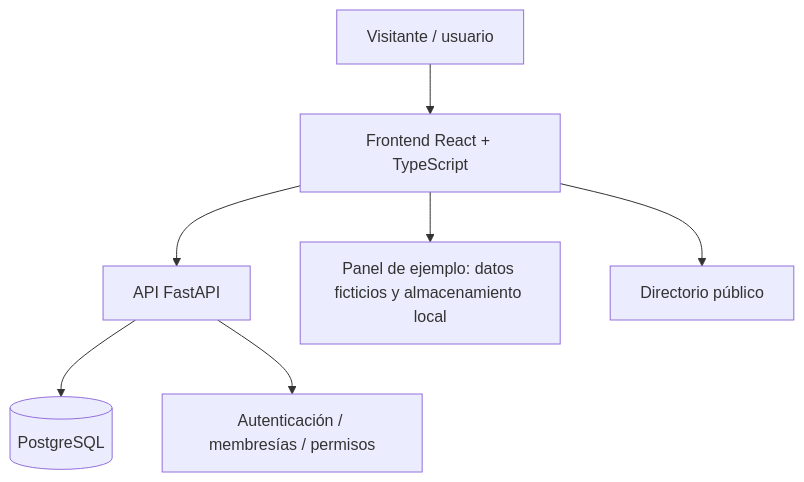
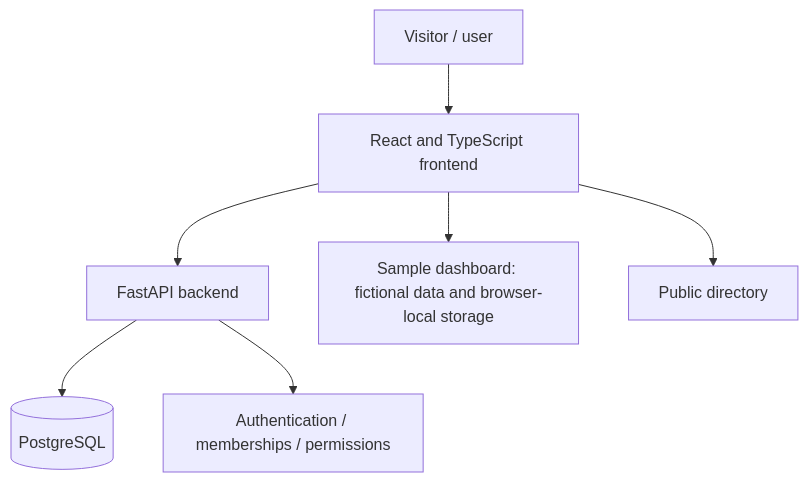
The diagram in docs/ARCHITECTURE.md (fernandatrevi/vinculo-portfolio), drawn with Mermaid before and after one commit. The commit also changed other lines of this file, not shown here.

Commit message:
docs(i18n): translate docs/ARCHITECTURE.md to professional English

````diff
--- a/docs/ARCHITECTURE.md
+++ b/docs/ARCHITECTURE.md
@@ -5,9 +5,9 @@
 ```mermaid
 flowchart TD
-    A[Visitante / usuario] --> B[Frontend React + TypeScript]
-    B --> C[API FastAPI]
+    A[Visitor / user] --> B[React and TypeScript frontend]
+    B --> C[FastAPI backend]
     C --> D[(PostgreSQL)]
-    C --> E[Autenticación / membresías / permisos]
-    B --> F[Panel de ejemplo: datos ficticios y almacenamiento local]
-    B --> G[Directorio público]
+    C --> E[Authentication / memberships / permissions]
+    B --> F[Sample dashboard: fictional data and browser-local storage]
+    B --> G[Public directory]
 ```
````
